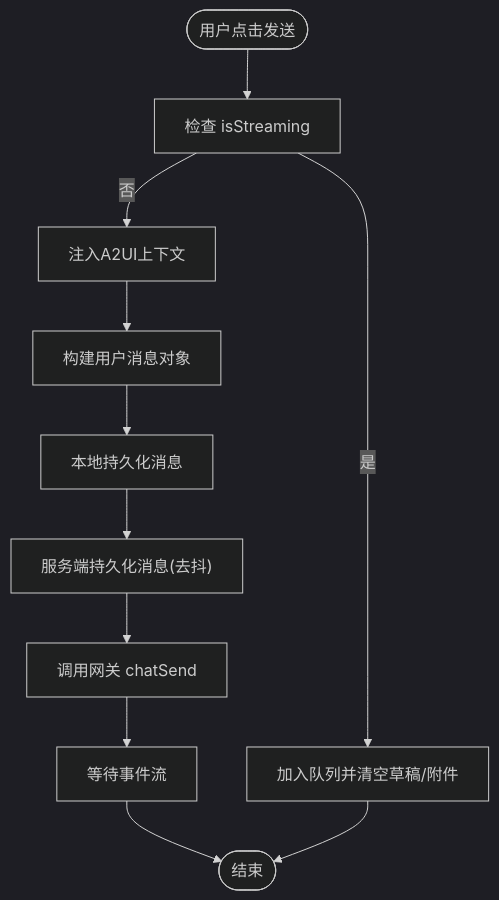
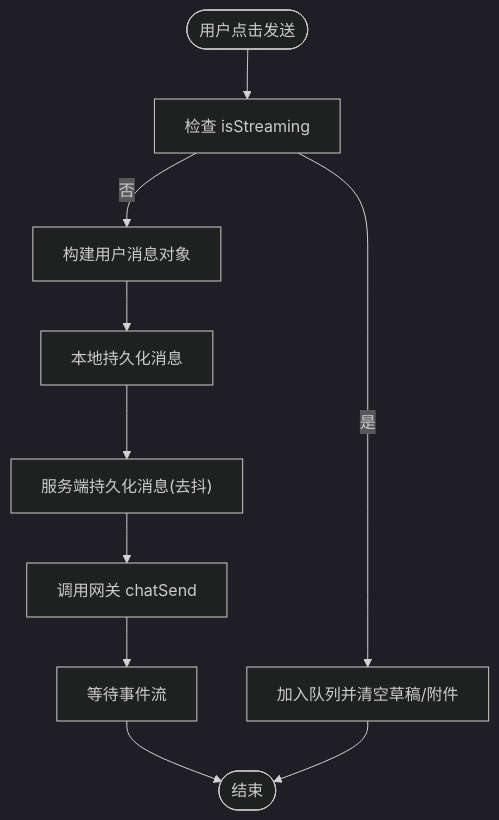
One commit to WW-AI-Lab/openclaw-office changed the fourth of 8 diagrams in .qoder/repowiki/zh/content/状态管理系统/控制台 Store 系统/聊天停靠 Store.md. Above: the diagram before and after it, drawn with Mermaid (dark theme). The commit also changed other lines of this file and 5 other files, not shown here.

````diff
--- a/.qoder/repowiki/zh/content/状态管理系统/控制台 Store 系统/聊天停靠 Store.md
+++ b/.qoder/repowiki/zh/content/状态管理系统/控制台 Store 系统/聊天停靠 Store.md
@@ -286,13 +280,12 @@
 ```mermaid
 flowchart TD
 Start(["用户点击发送"]) --> CheckStream["检查 isStreaming"]
 CheckStream --> |是| Enqueue["加入队列并清空草稿/附件"]
-CheckStream --> |否| InjectA2UI["注入A2UI上下文"]
-InjectA2UI --> BuildMsg["构建用户消息对象"]
+CheckStream --> |否| BuildMsg["构建用户消息对象"]
 BuildMsg --> PersistLocal["本地持久化消息"]
 PersistLocal --> PersistServer["服务端持久化消息(去抖)"]
 PersistServer --> SendRPC["调用网关 chatSend"]
 SendRPC --> Stream["等待事件流"]
 Stream --> End(["结束"])
 Enqueue --> End
 ```
````
